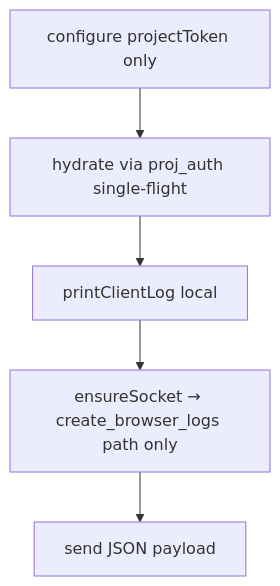
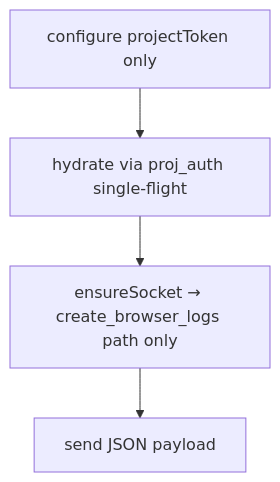
One commit to Beever-Labs/auralogger-node changed the sixth of 6 diagrams in dev-docs/feature-flows.md. Above: the diagram before and after it, drawn with Mermaid. The commit also changed other lines of this file and 17 other files, not shown here.

````diff
--- a/dev-docs/feature-flows.md
+++ b/dev-docs/feature-flows.md
@@ -122,7 +122,6 @@
 ```mermaid
 flowchart TD
   A[configure projectToken only] --> B[hydrate via proj_auth single-flight]
-  B --> C[printClientLog local]
-  C --> D[ensureSocket → create_browser_logs path only]
+  B --> D[ensureSocket → create_browser_logs path only]
   D --> E[send JSON payload]
 ```
````
